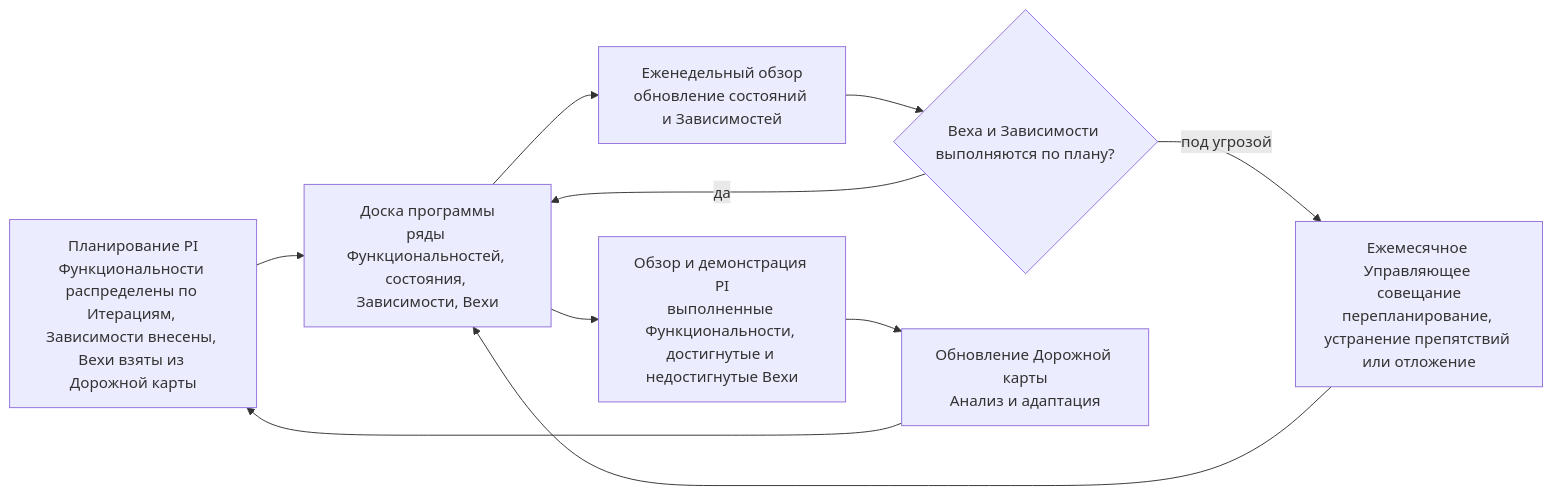
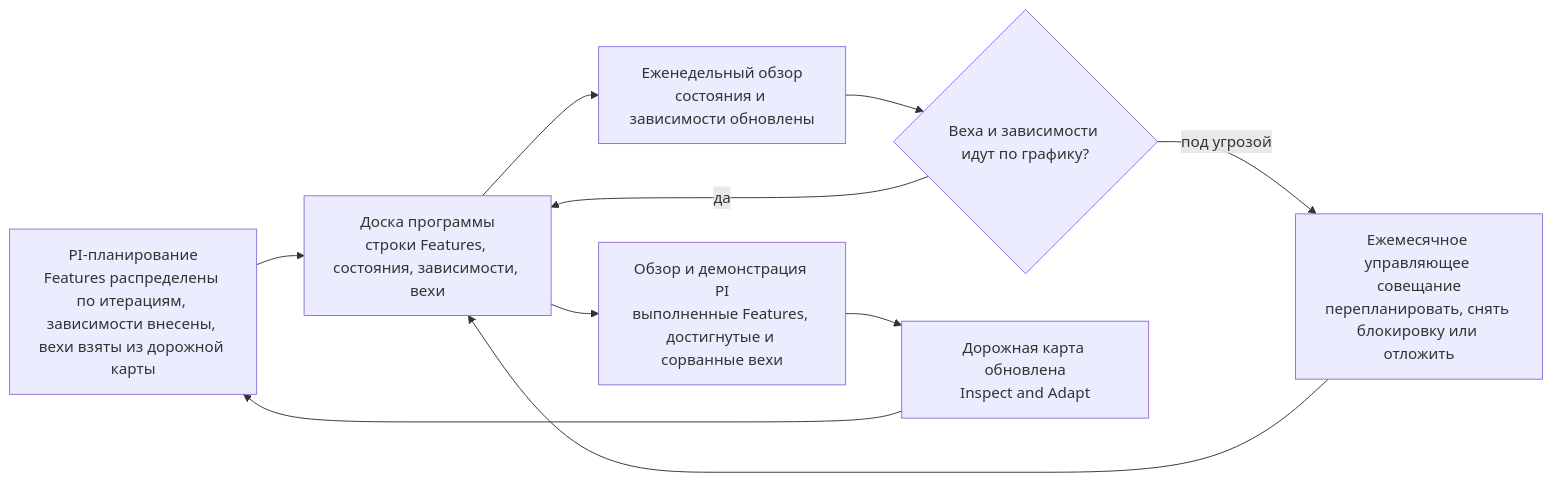
Before and after one commit to devhogu/ob-aicc: the third of 13 diagrams in charter/ru/documents/solution-lifecycle-model.md, drawn with Mermaid. The commit also changed other lines of this file and 1 other file, not shown here.

````diff
--- a/charter/ru/documents/solution-lifecycle-model.md
+++ b/charter/ru/documents/solution-lifecycle-model.md
@@ -159,12 +159,12 @@
 ```mermaid
 flowchart LR
-  PL["Планирование PI<br/>Функциональности распределены по Итерациям, Зависимости внесены, Вехи взяты из Дорожной карты"] --> PBD["Доска программы<br/>ряды Функциональностей, состояния, Зависимости, Вехи"]
-  PBD --> WR["Еженедельный обзор<br/>обновление состояний и Зависимостей"]
-  WR --> MC{"Веха и Зависимости выполняются по плану?"}
+  PL["PI-планирование<br/>Features распределены по итерациям, зависимости внесены, вехи взяты из дорожной карты"] --> PBD["Доска программы<br/>строки Features, состояния, зависимости, вехи"]
+  PBD --> WR["Еженедельный обзор<br/>состояния и зависимости обновлены"]
+  WR --> MC{"Веха и зависимости идут по графику?"}
   MC -->|да| PBD
-  MC -->|под угрозой| ST["Ежемесячное Управляющее совещание<br/>перепланирование, устранение препятствий или отложение"]
+  MC -->|под угрозой| ST["Ежемесячное управляющее совещание<br/>перепланировать, снять блокировку или отложить"]
   ST --> PBD
-  PBD --> PR["Обзор и демонстрация PI<br/>выполненные Функциональности, достигнутые и недостигнутые Вехи"]
-  PR --> RM["Обновление Дорожной карты<br/>Анализ и адаптация"]
+  PBD --> PR["Обзор и демонстрация PI<br/>выполненные Features, достигнутые и сорванные вехи"]
+  PR --> RM["Дорожная карта обновлена<br/>Inspect and Adapt"]
   RM --> PL
 ```
````
